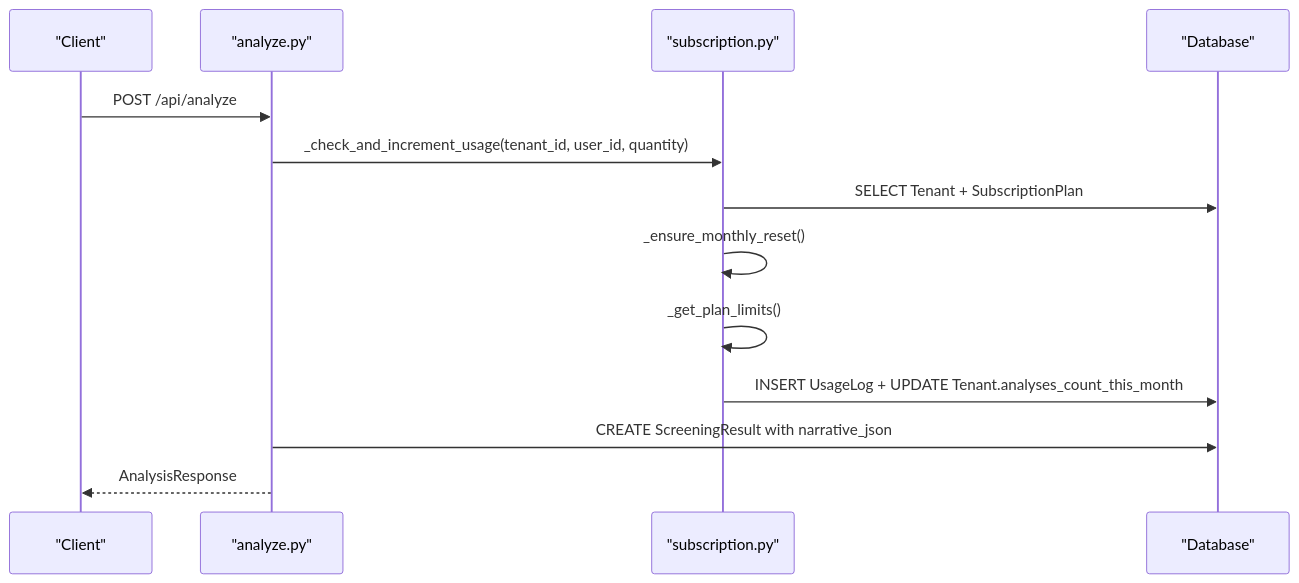
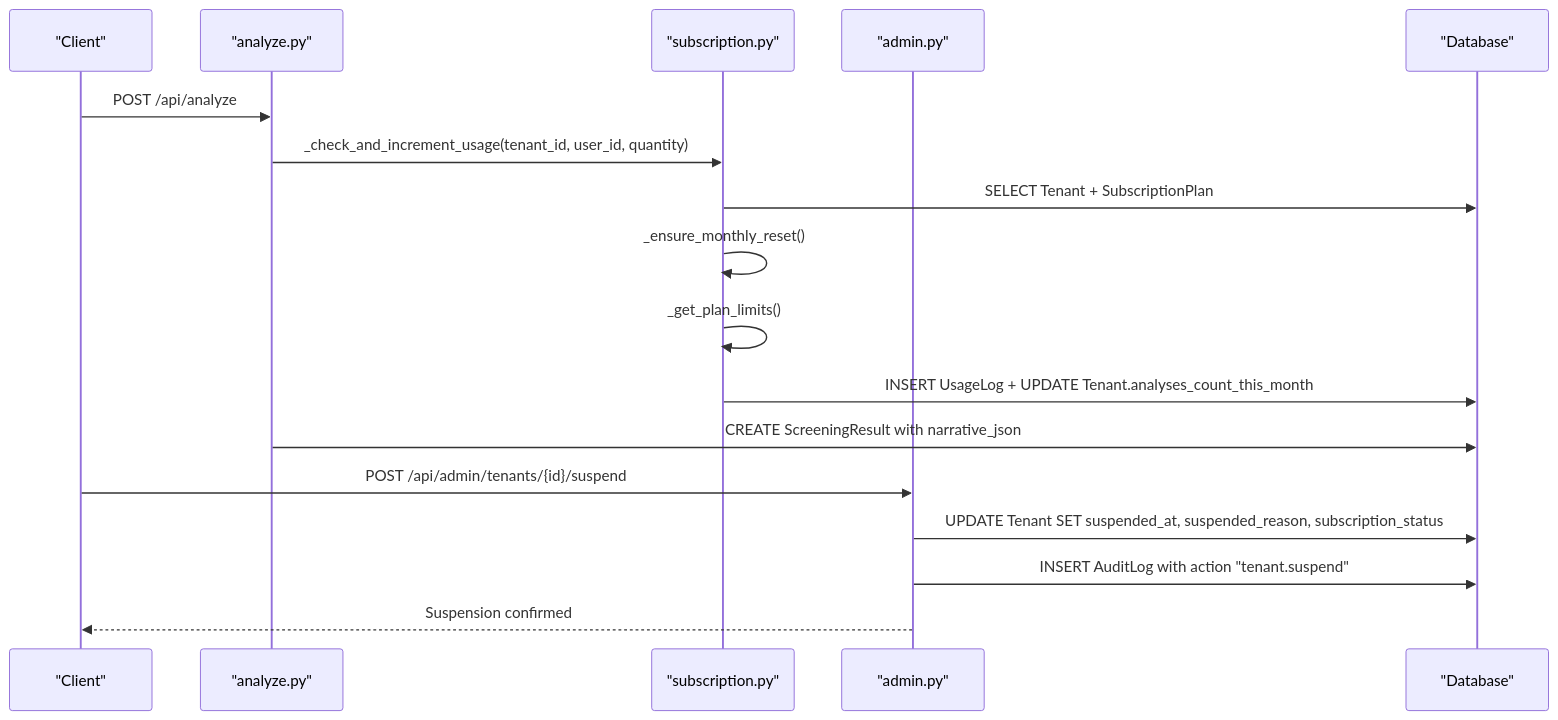
The third of 10 diagrams in .qoder/repowiki/en/content/Database Design/Database Design.md (Revanththetalogics/aireume), drawn with Mermaid before and after one commit. The commit also changed other lines of this file and 10 other files, not shown here.

````diff
--- a/.qoder/repowiki/en/content/Database Design/Database Design.md
+++ b/.qoder/repowiki/en/content/Database Design/Database Design.md
@@ -203,15 +261,19 @@
 ```mermaid
 sequenceDiagram
 participant Client as "Client"
 participant Route as "analyze.py"
 participant Sub as "subscription.py"
+participant Admin as "admin.py"
 participant DB as "Database"
 Client->>Route : POST /api/analyze
 Route->>Sub : _check_and_increment_usage(tenant_id, user_id, quantity)
 Sub->>DB : SELECT Tenant + SubscriptionPlan
 Sub->>Sub : _ensure_monthly_reset()
 Sub->>Sub : _get_plan_limits()
 Sub->>DB : INSERT UsageLog + UPDATE Tenant.analyses_count_this_month
 Route->>DB : CREATE ScreeningResult with narrative_json
-Route-->>Client : AnalysisResponse
+Client->>Admin : POST /api/admin/tenants/{id}/suspend
+Admin->>DB : UPDATE Tenant SET suspended_at, suspended_reason, subscription_status
+Admin->>DB : INSERT AuditLog with action "tenant.suspend"
+Admin-->>Client : Suspension confirmed
 ```
````
